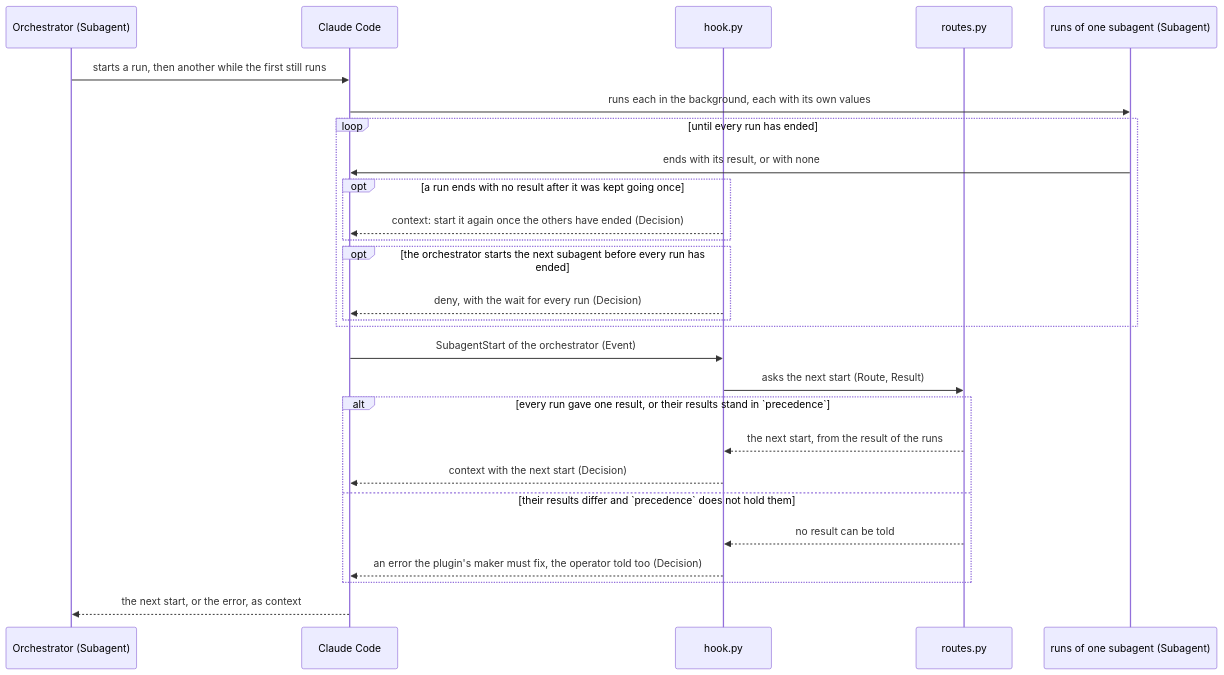
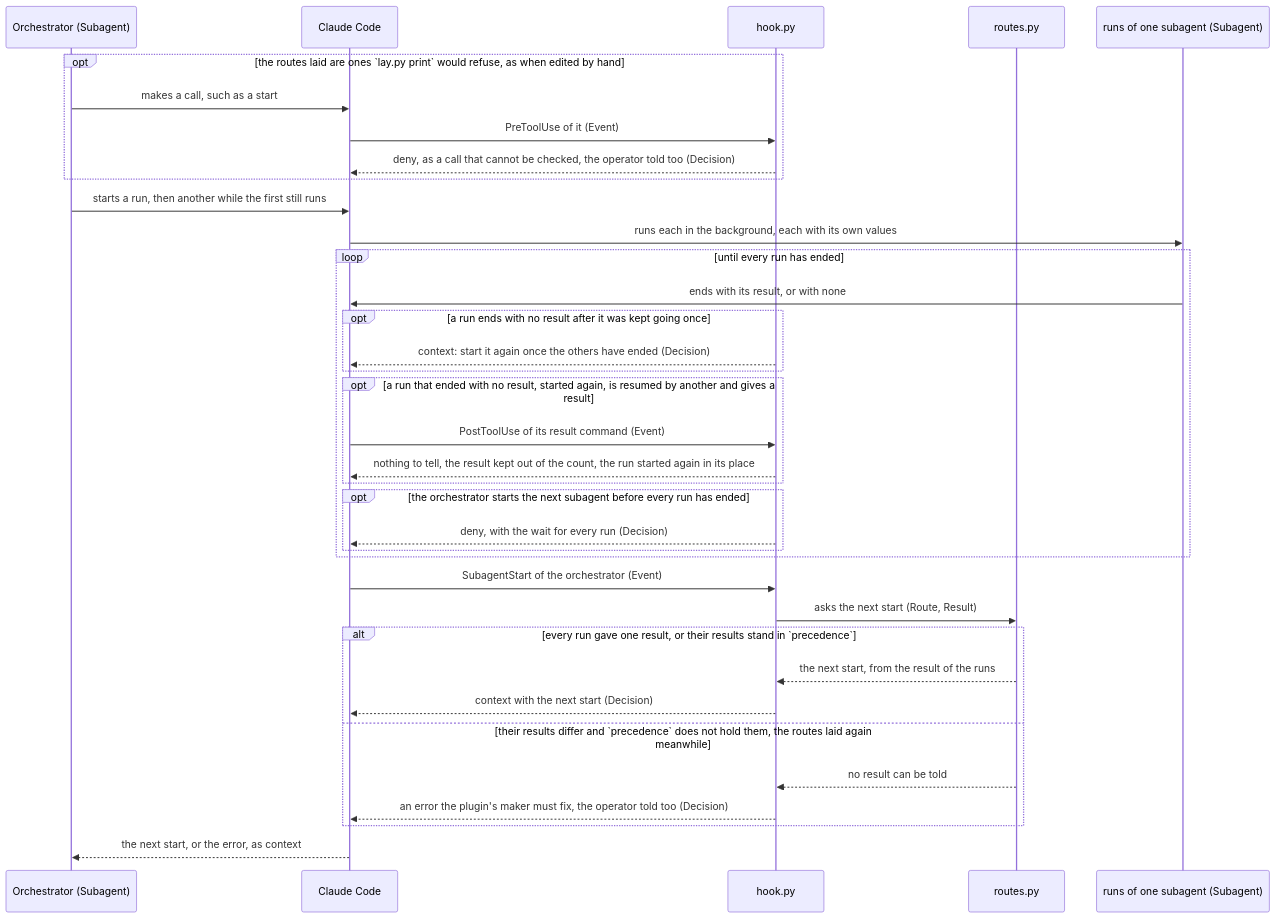
Before and after one commit to lovaizu/ccpm: the sixth of 7 diagrams in dev/lane/architecture.md, drawn with Mermaid. The commit also changed other lines of this file and 10 other files, not shown here.

````diff
--- a/dev/lane/architecture.md
+++ b/dev/lane/architecture.md
@@ -444,29 +446,38 @@
 ```mermaid
 sequenceDiagram
   participant O as Orchestrator (Subagent)
   participant CC as Claude Code
   participant H as hook.py
   participant RT as routes.py
   participant S as runs of one subagent (Subagent)
+  opt the routes laid are ones `lay.py print` would refuse, as when edited by hand
+    O->>CC: makes a call, such as a start
+    CC->>H: PreToolUse of it (Event)
+    H-->>CC: deny, as a call that cannot be checked, the operator told too (Decision)
+  end
   O->>CC: starts a run, then another while the first still runs
   CC->>S: runs each in the background, each with its own values
   loop until every run has ended
     S->>CC: ends with its result, or with none
     opt a run ends with no result after it was kept going once
       H-->>CC: context: start it again once the others have ended (Decision)
+    end
+    opt a run that ended with no result, started again, is resumed by another and gives a result
+      CC->>H: PostToolUse of its result command (Event)
+      H-->>CC: nothing to tell, the result kept out of the count, the run started again in its place
     end
     opt the orchestrator starts the next subagent before every run has ended
       H-->>CC: deny, with the wait for every run (Decision)
     end
   end
   CC->>H: SubagentStart of the orchestrator (Event)
   H->>RT: asks the next start (Route, Result)
   alt every run gave one result, or their results stand in `precedence`
     RT-->>H: the next start, from the result of the runs
     H-->>CC: context with the next start (Decision)
-  else their results differ and `precedence` does not hold them
+  else their results differ and `precedence` does not hold them, the routes laid again meanwhile
     RT-->>H: no result can be told
     H-->>CC: an error the plugin's maker must fix, the operator told too (Decision)
   end
   CC-->>O: the next start, or the error, as context
 ```
````
